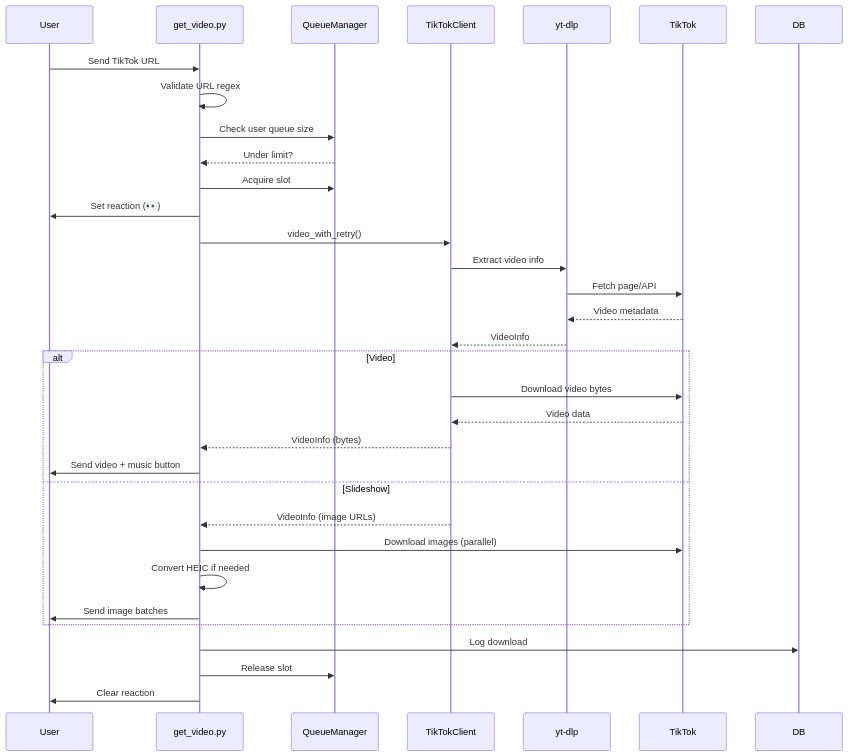
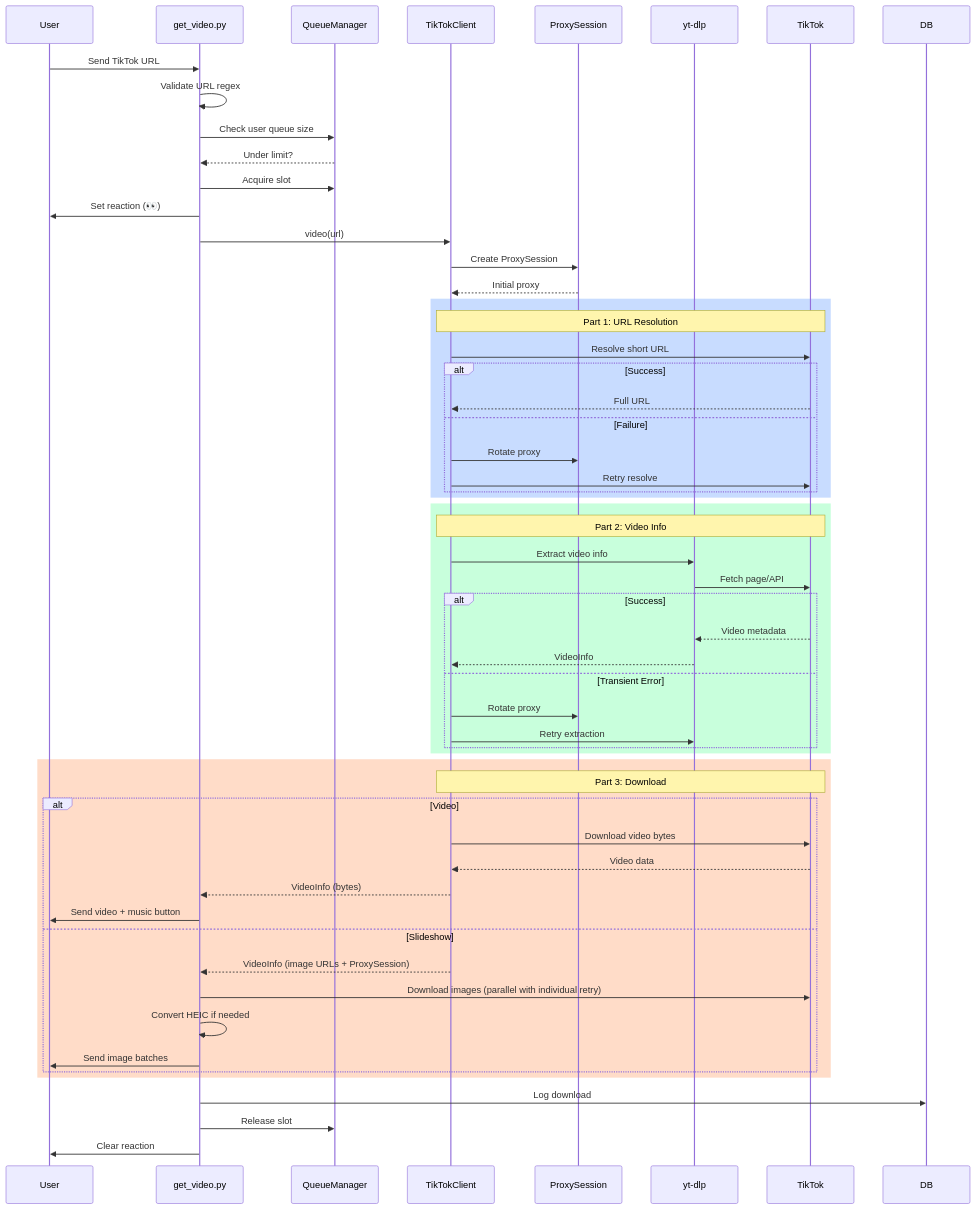
Before and after one commit to karilaa-dev/tt-bot: the third of 5 diagrams in docs/CODEBASE_MAP.md, drawn with Mermaid. The commit also changed other lines of this file, not shown here.

First line of the commit message:
Update codebase documentation with 3-part retry strategy

````diff
--- a/docs/CODEBASE_MAP.md
+++ b/docs/CODEBASE_MAP.md
@@ -242,38 +303,65 @@
 ```mermaid
 sequenceDiagram
     participant User
     participant Handler as get_video.py
     participant Queue as QueueManager
     participant Client as TikTokClient
+    participant PS as ProxySession
     participant yt-dlp
     participant TikTok
     participant DB
 
     User->>Handler: Send TikTok URL
     Handler->>Handler: Validate URL regex
     Handler->>Queue: Check user queue size
     Queue-->>Handler: Under limit?
     Handler->>Queue: Acquire slot
     Handler->>User: Set reaction (👀)
-    Handler->>Client: video_with_retry()
-    Client->>yt-dlp: Extract video info
-    yt-dlp->>TikTok: Fetch page/API
-    TikTok-->>yt-dlp: Video metadata
-    yt-dlp-->>Client: VideoInfo
+    Handler->>Client: video(url)
 
-    alt Video
-        Client->>TikTok: Download video bytes
-        TikTok-->>Client: Video data
-        Client-->>Handler: VideoInfo (bytes)
-        Handler->>User: Send video + music button
-    else Slideshow
-        Client-->>Handler: VideoInfo (image URLs)
-        Handler->>TikTok: Download images (parallel)
-        Handler->>Handler: Convert HEIC if needed
-        Handler->>User: Send image batches
+    Client->>PS: Create ProxySession
+    PS-->>Client: Initial proxy
+
+    rect rgb(200, 220, 255)
+        Note over Client,TikTok: Part 1: URL Resolution
+        Client->>TikTok: Resolve short URL
+        alt Success
+            TikTok-->>Client: Full URL
+        else Failure
+            Client->>PS: Rotate proxy
+            Client->>TikTok: Retry resolve
+        end
+    end
+
+    rect rgb(200, 255, 220)
+        Note over Client,TikTok: Part 2: Video Info
+        Client->>yt-dlp: Extract video info
+        yt-dlp->>TikTok: Fetch page/API
+        alt Success
+            TikTok-->>yt-dlp: Video metadata
+            yt-dlp-->>Client: VideoInfo
+        else Transient Error
+            Client->>PS: Rotate proxy
+            Client->>yt-dlp: Retry extraction
+        end
+    end
+
+    rect rgb(255, 220, 200)
+        Note over Client,TikTok: Part 3: Download
+        alt Video
+            Client->>TikTok: Download video bytes
+            TikTok-->>Client: Video data
+            Client-->>Handler: VideoInfo (bytes)
+            Handler->>User: Send video + music button
+        else Slideshow
+            Client-->>Handler: VideoInfo (image URLs + ProxySession)
+            Handler->>TikTok: Download images (parallel with individual retry)
+            Handler->>Handler: Convert HEIC if needed
+            Handler->>User: Send image batches
+        end
     end
 
     Handler->>DB: Log download
     Handler->>Queue: Release slot
     Handler->>User: Clear reaction
 ```
````
